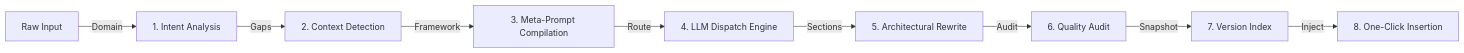
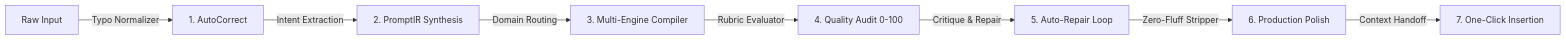
The diagram in README.md (OK45batwal/prompt-plus), drawn with Mermaid before and after one commit. The commit also changed other lines of this file, not shown here.

Commit message:
docs(readme): update README with Loop Engine, Extension v1.3.2, Analytics Hub, and complete API reference

````diff
--- a/README.md
+++ b/README.md
@@ -129,11 +128,10 @@
 ```mermaid
 flowchart LR
-    A[Raw Input] -->|Domain| B[1. Intent Analysis]
-    B -->|Gaps| C[2. Context Detection]
-    C -->|Framework| D[3. Meta-Prompt Compilation]
-    D -->|Route| E[4. LLM Dispatch Engine]
-    E -->|Sections| F[5. Architectural Rewrite]
-    F -->|Audit| G[6. Quality Audit]
-    G -->|Snapshot| H[7. Version Index]
-    H -->|Inject| I[8. One-Click Insertion]
+    A[Raw Input] -->|Typo Normalizer| B[1. AutoCorrect]
+    B -->|Intent Extraction| C[2. PromptIR Synthesis]
+    C -->|Domain Routing| D[3. Multi-Engine Compiler]
+    D -->|Rubric Evaluator| E[4. Quality Audit 0-100]
+    E -->|Critique & Repair| F[5. Auto-Repair Loop]
+    F -->|Zero-Fluff Stripper| G[6. Production Polish]
+    G -->|Context Handoff| H[7. One-Click Insertion]
 ```
````
